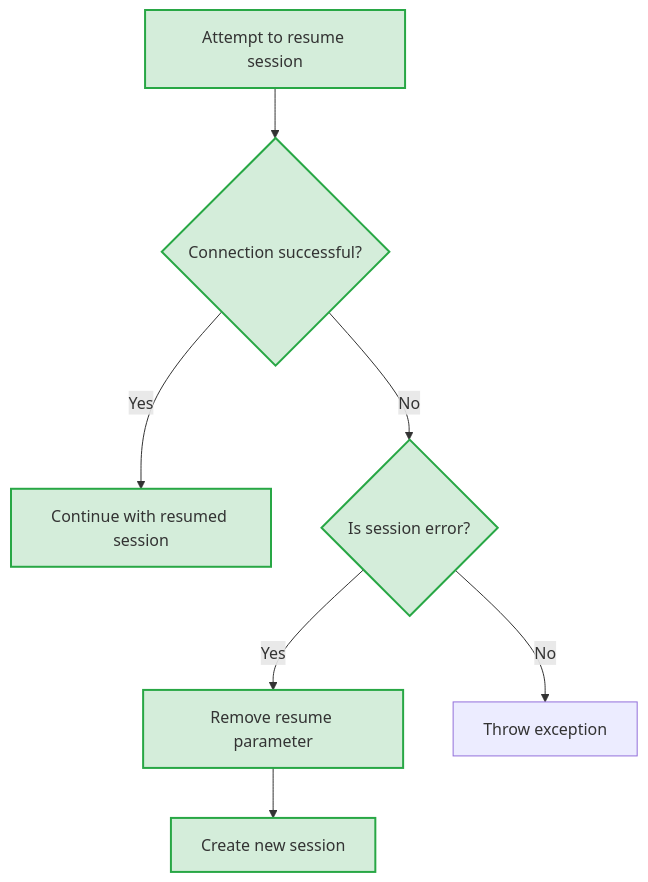
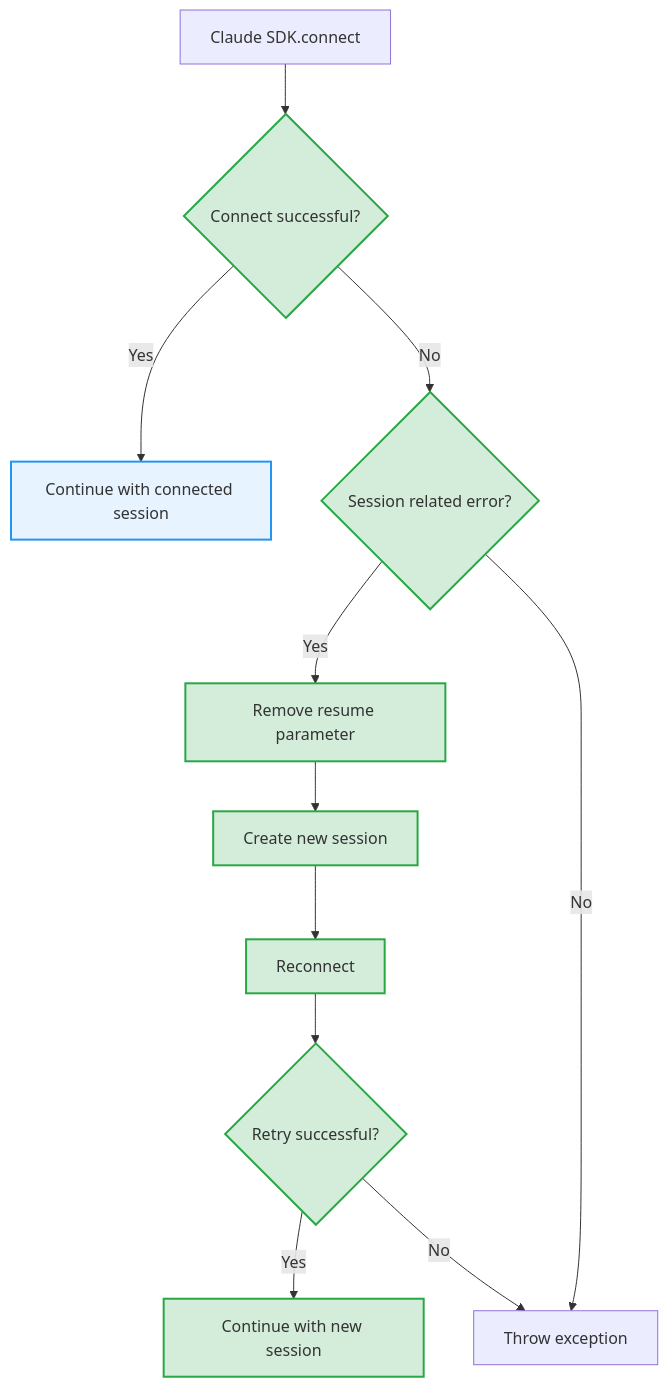
Before and after one commit to wecode-ai/Wegent: the ninth of 9 diagrams in docs/en/features/task-restore.md, drawn with Mermaid. The commit also changed other lines of this file and 6 other files, not shown here.

````diff
--- a/docs/en/features/task-restore.md
+++ b/docs/en/features/task-restore.md
@@ -208,11 +432,16 @@
 ```mermaid
 flowchart TB
-    A[Attempt to resume session]:::new --> B{Connection successful?}:::new
-    B -->|Yes| C[Continue with resumed session]:::new
-    B -->|No| D{Is session error?}:::new
+    A[Claude SDK.connect] --> B{Connect successful?}:::new
+    B -->|Yes| C[Continue with connected session]:::existing
+    B -->|No| D{Session related error?}:::new
     D -->|Yes| E[Remove resume parameter]:::new
-    E --> F[Create new session]:::new
-    D -->|No| G[Throw exception]
+    D -->|No| F[Throw exception]
+    E --> G[Create new session]:::new
+    G --> H[Reconnect]:::new
+    H --> I{Retry successful?}:::new
+    I -->|Yes| J[Continue with new session]:::new
+    I -->|No| F
 
+    classDef existing fill:#e7f3ff,stroke:#2196f3,stroke-width:2px
     classDef new fill:#d4edda,stroke:#28a745,stroke-width:2px
 ```
````
